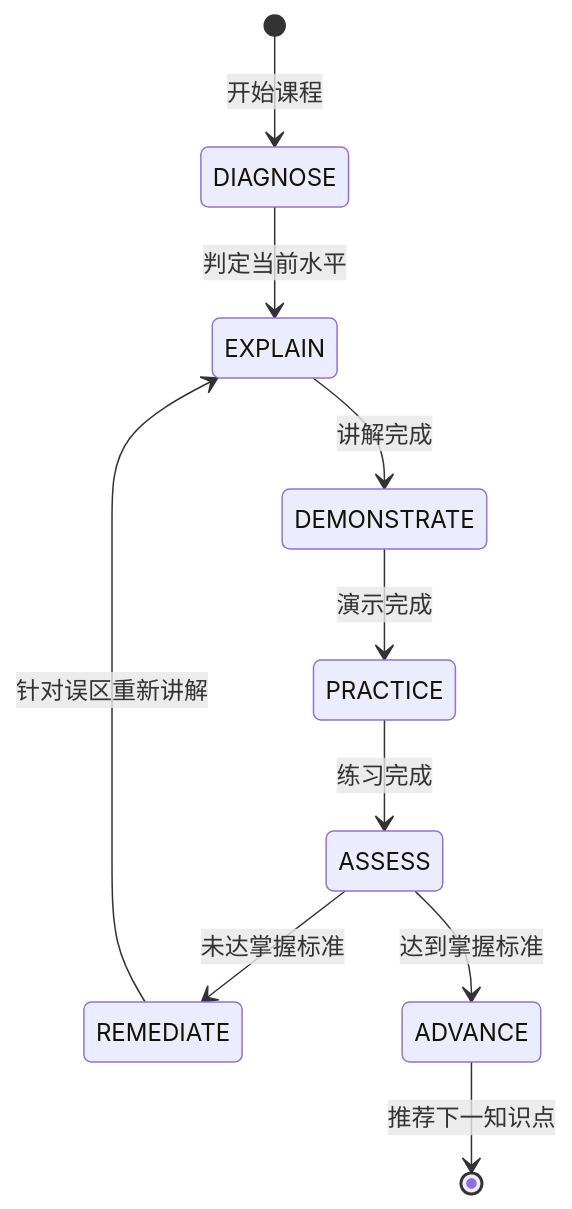
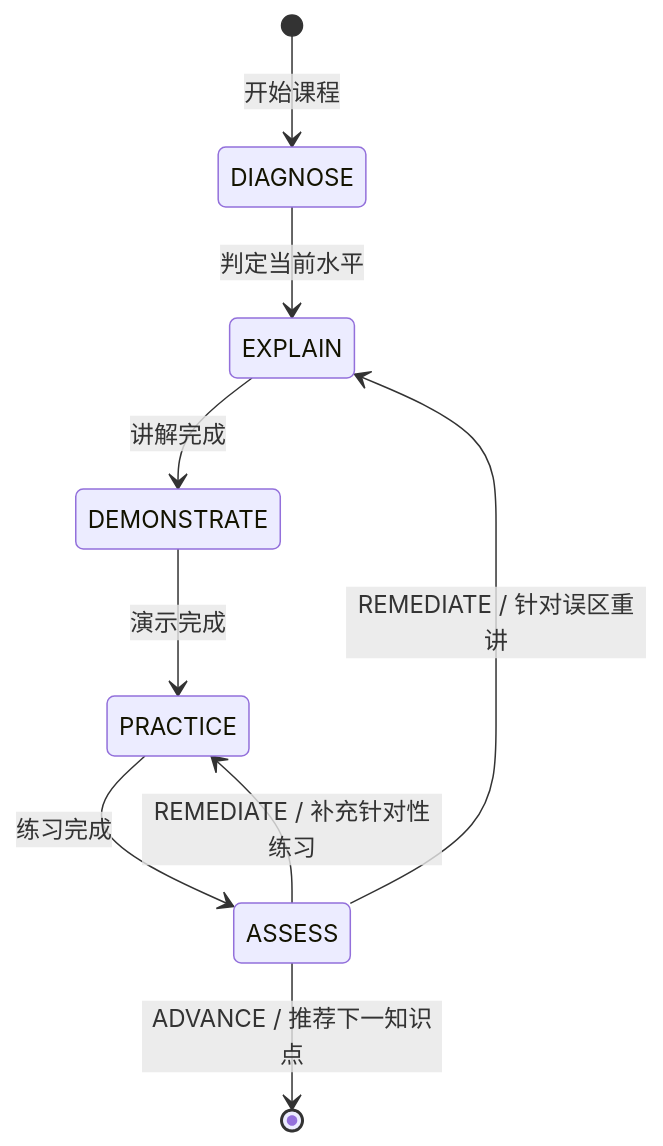
The third of 7 diagrams in README.md (Timcai06/EduCanvas), drawn with Mermaid before and after one commit. The commit also changed other lines of this file and 64 other files, not shown here.

````diff
--- a/README.md
+++ b/README.md
@@ -106,12 +108,11 @@
 ```mermaid
 stateDiagram-v2
     [*] --> DIAGNOSE: 开始课程
     DIAGNOSE --> EXPLAIN: 判定当前水平
     EXPLAIN --> DEMONSTRATE: 讲解完成
     DEMONSTRATE --> PRACTICE: 演示完成
     PRACTICE --> ASSESS: 练习完成
-    ASSESS --> REMEDIATE: 未达掌握标准
-    ASSESS --> ADVANCE: 达到掌握标准
-    REMEDIATE --> EXPLAIN: 针对误区重新讲解
-    ADVANCE --> [*]: 推荐下一知识点
+    ASSESS --> EXPLAIN: REMEDIATE / 针对误区重讲
+    ASSESS --> PRACTICE: REMEDIATE / 补充针对性练习
+    ASSESS --> [*]: ADVANCE / 推荐下一知识点
 ```
````
